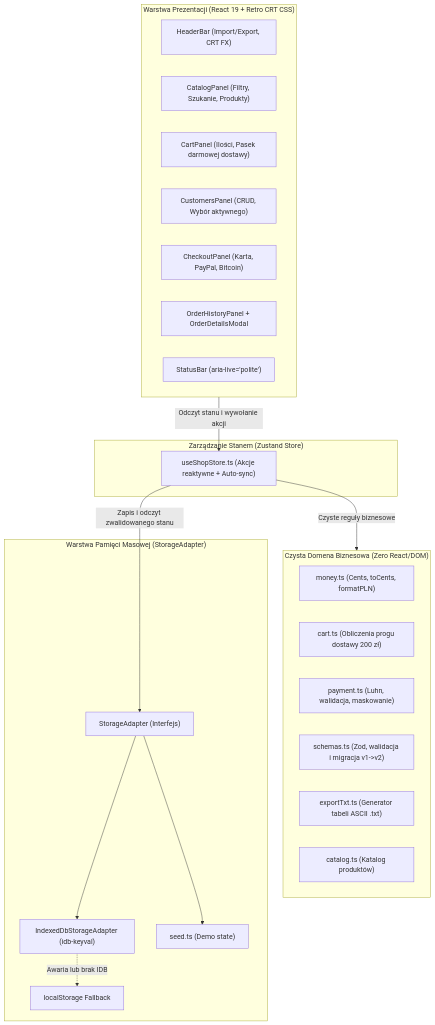
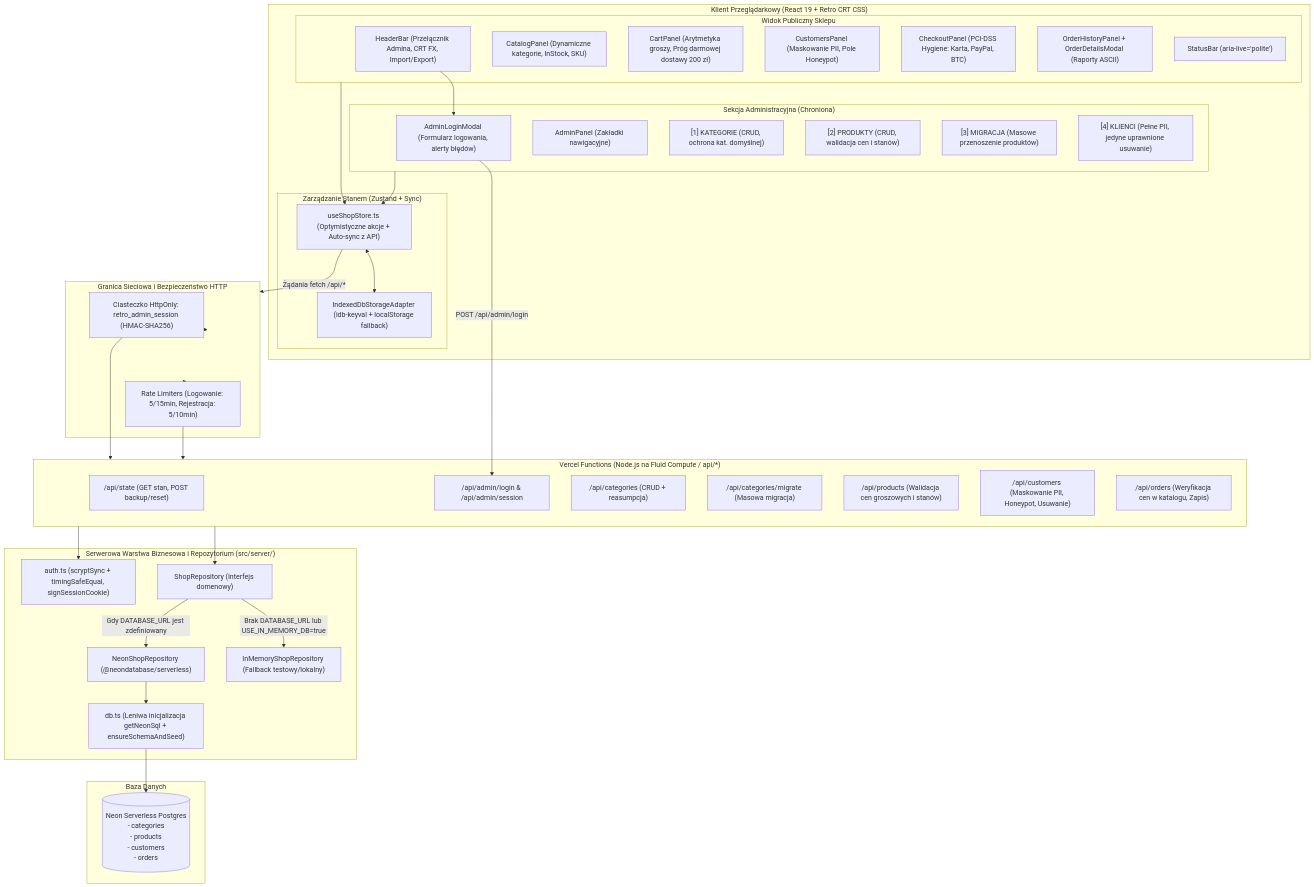
The diagram in ARCHITECTURE.md (phxphoenix/Shopping_cart), drawn with Mermaid before and after one commit. The commit also changed other lines of this file and 27 other files, not shown here.

Commit message:
docs(v3): add Vercel + Neon deployment config, DB init script and update documentation

````diff
--- a/ARCHITECTURE.md
+++ b/ARCHITECTURE.md
@@ -18,39 +20,76 @@
 ```mermaid
 flowchart TD
-    subgraph UI_Presentation ["Warstwa Prezentacji (React 19 + Retro CRT CSS)"]
-        Header["HeaderBar (Import/Export, CRT FX)"]
-        Catalog["CatalogPanel (Filtry, Szukanie, Produkty)"]
-        Cart["CartPanel (Ilości, Pasek darmowej dostawy)"]
-        Customer["CustomersPanel (CRUD, Wybór aktywnego)"]
-        Checkout["CheckoutPanel (Karta, PayPal, Bitcoin)"]
-        History["OrderHistoryPanel + OrderDetailsModal"]
-        StatusBar["StatusBar (aria-live='polite')"]
+    subgraph Client_App ["Klient Przeglądarkowy (React 19 + Retro CRT CSS)"]
+        subgraph UI_Public ["Widok Publiczny Sklepu"]
+            Header["HeaderBar (Przełącznik Admina, CRT FX, Import/Export)"]
+            Catalog["CatalogPanel (Dynamiczne kategorie, InStock, SKU)"]
+            Cart["CartPanel (Arytmetyka groszy, Próg darmowej dostawy 200 zł)"]
+            CustPub["CustomersPanel (Maskowanie PII, Pole Honeypot)"]
+            Checkout["CheckoutPanel (PCI-DSS Hygiene: Karta, PayPal, BTC)"]
+            History["OrderHistoryPanel + OrderDetailsModal (Raporty ASCII)"]
+            StatusBar["StatusBar (aria-live='polite')"]
+        end
+
+        subgraph UI_Admin ["Sekcja Administracyjna (Chroniona)"]
+            AdminLogin["AdminLoginModal (Formularz logowania, alerty błędów)"]
+            AdminTabs["AdminPanel (Zakładki nawigacyjne)"]
+            TabCat["[1] KATEGORIE (CRUD, ochrona kat. domyślnej)"]
+            TabProd["[2] PRODUKTY (CRUD, walidacja cen i stanów)"]
+            TabMig["[3] MIGRACJA (Masowe przenoszenie produktów)"]
+            TabCust["[4] KLIENCI (Pełne PII, jedyne uprawnione usuwanie)"]
+        end
+
+        subgraph Client_Store ["Zarządzanie Stanem (Zustand + Sync)"]
+            Store["useShopStore.ts (Optymistyczne akcje + Auto-sync z API)"]
+            IDB["IndexedDbStorageAdapter (idb-keyval + localStorage fallback)"]
+        end
     end
 
-    subgraph State_Management ["Zarządzanie Stanem (Zustand Store)"]
-        Store["useShopStore.ts (Akcje reaktywne + Auto-sync)"]
+    subgraph API_Gateway ["Granica Sieciowa i Bezpieczeństwo HTTP"]
+        CookieAuth["Ciasteczko HttpOnly: retro_admin_session (HMAC-SHA256)"]
+        RateLimiters["Rate Limiters (Logowanie: 5/15min, Rejestracja: 5/10min)"]
     end
 
-    subgraph Pure_Domain ["Czysta Domena Biznesowa (Zero React/DOM)"]
-        Money["money.ts (Cents, toCents, formatPLN)"]
-        DomainCart["cart.ts (Obliczenia progu dostawy 200 zł)"]
-        Payment["payment.ts (Luhn, walidacja, maskowanie)"]
-        Schemas["schemas.ts (Zod, walidacja i migracja v1->v2)"]
-        ExportTxt["exportTxt.ts (Generator tabeli ASCII .txt)"]
-        DomainCatalog["catalog.ts (Katalog produktów)"]
+    subgraph Server_Functions ["Vercel Functions (Node.js na Fluid Compute / api/*)"]
+        ApiState["/api/state (GET stan, POST backup/reset)"]
+        ApiAdmin["/api/admin/login & /api/admin/session"]
+        ApiCategories["/api/categories (CRUD + reasumpcja)"]
+        ApiMigrate["/api/categories/migrate (Masowa migracja)"]
+        ApiProducts["/api/products (Walidacja cen groszowych i stanów)"]
+        ApiCustomers["/api/customers (Maskowanie PII, Honeypot, Usuwanie)"]
+        ApiOrders["/api/orders (Weryfikacja cen w katalogu, Zapis)"]
     end
 
-    subgraph Persistence ["Warstwa Pamięci Masowej (StorageAdapter)"]
-        Adapter["StorageAdapter (Interfejs)"]
-        IDB["IndexedDbStorageAdapter (idb-keyval)"]
-        LocalFallback["localStorage Fallback"]
-        Seed["seed.ts (Demo state)"]
+    subgraph Server_Domain ["Serwerowa Warstwa Biznesowa i Repozytorium (src/server/)"]
+        AuthModule["auth.ts (scryptSync + timingSafeEqual, signSessionCookie)"]
+        RepoInterface["ShopRepository (Interfejs domenowy)"]
+        NeonRepo["NeonShopRepository (@neondatabase/serverless)"]
+        InMemRepo["InMemoryShopRepository (Fallback testowy/lokalny)"]
+        DbModule["db.ts (Leniwa inicjalizacja getNeonSql + ensureSchemaAndSeed)"]
     end
 
-    UI_Presentation -->|Odczyt stanu i wywołanie akcji| Store
-    Store -->|Czyste reguły biznesowe| Pure_Domain
-    Store -->|Zapis i odczyt zwalidowanego stanu| Adapter
-    Adapter --> IDB
-    IDB -.->|Awaria lub brak IDB| LocalFallback
-    Adapter --> Seed
+    subgraph Data_Storage ["Baza Danych"]
+        NeonDB[("Neon Serverless Postgres\n- categories\n- products\n- customers\n- orders")]
+    end
+
+    Header --> AdminLogin
+    AdminLogin -->|POST /api/admin/login| ApiAdmin
+    UI_Public --> Store
+    UI_Admin --> Store
+    Store <--> IDB
+    Store -->|Żądania fetch /api/*| API_Gateway
+
+    API_Gateway --> CookieAuth
+    API_Gateway --> RateLimiters
+    CookieAuth --> Server_Functions
+    RateLimiters --> Server_Functions
+
+    Server_Functions --> AuthModule
+    Server_Functions --> RepoInterface
+
+    RepoInterface -->|Gdy DATABASE_URL jest zdefiniowany| NeonRepo
+    RepoInterface -->|Brak DATABASE_URL lub USE_IN_MEMORY_DB=true| InMemRepo
+
+    NeonRepo --> DbModule
+    DbModule --> NeonDB
 ```
````
